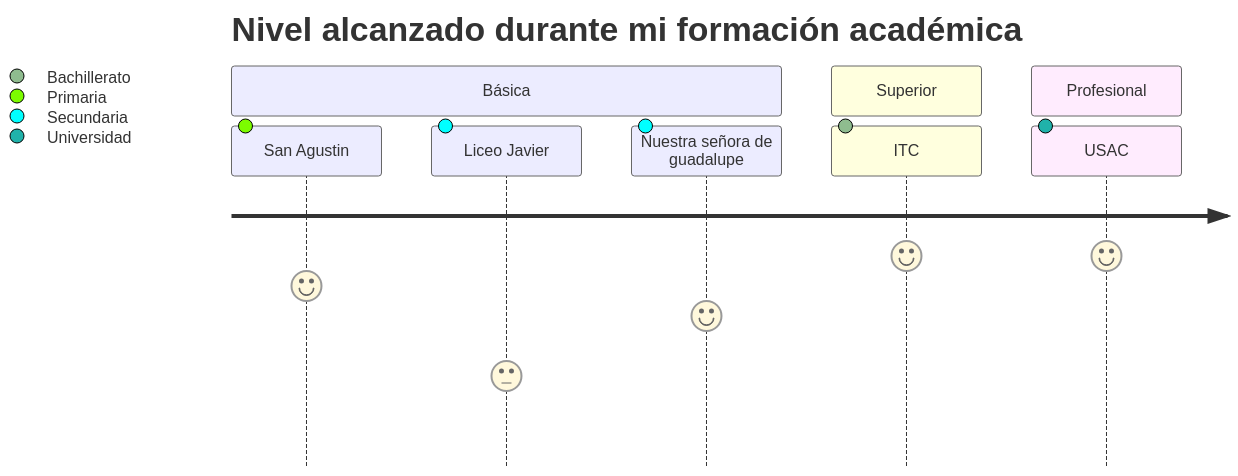
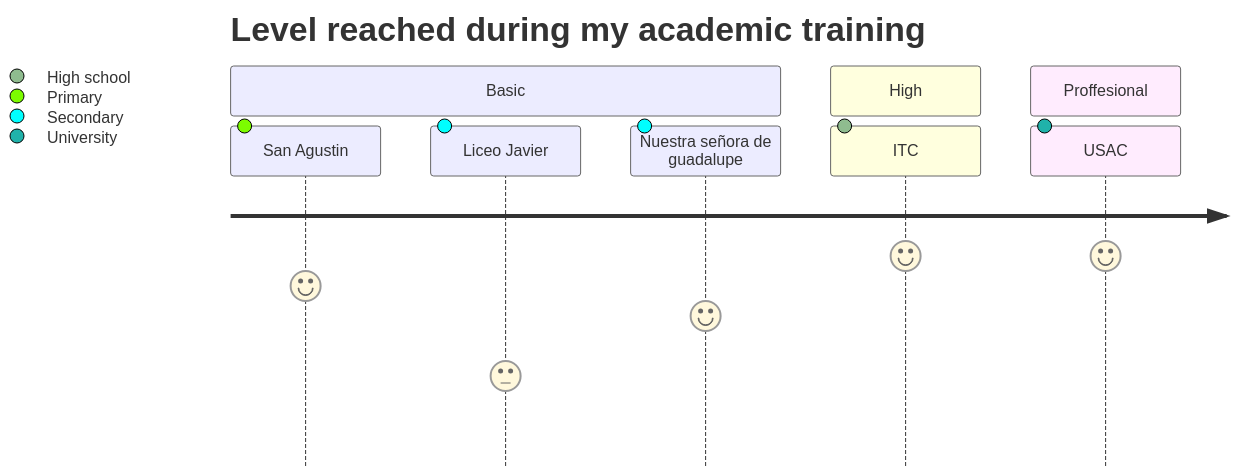
The diagram in generic.md (Bluevipe21/bluevipe21.github.io), drawn with Mermaid before and after one commit.

````diff
--- a/generic.md
+++ b/generic.md
@@ -38,12 +38,12 @@
 ```mermaid
 journey
-    title Nivel alcanzado durante mi formación académica
-    section Básica
-      San Agustin: 6: Primaria
-      Liceo Javier: 3: Secundaria
-      Nuestra señora de guadalupe: 5: Secundaria
-    section Superior
-      ITC: 7: Bachillerato
-    section Profesional
-      USAC: 7: Universidad
+    title Level reached during my academic training
+    section Basic
+      San Agustin: 6: Primary
+      Liceo Javier: 3: Secondary
+      Nuestra señora de guadalupe: 5: Secondary
+    section High
+      ITC: 7: High school
+    section Proffesional
+      USAC: 7: University
 ```
````
